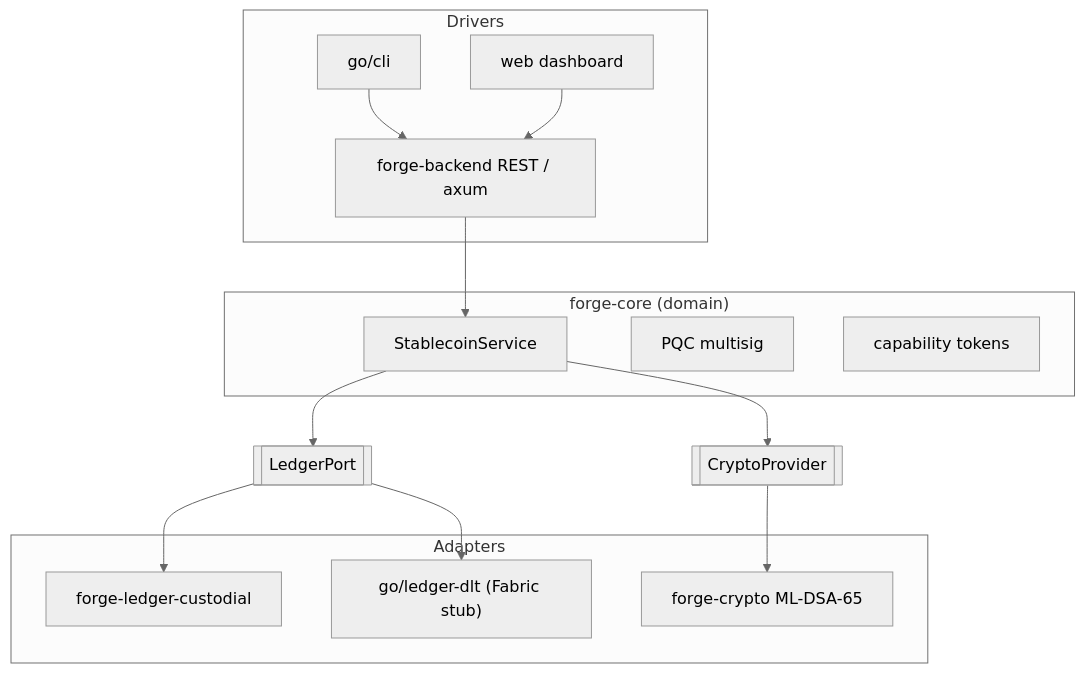
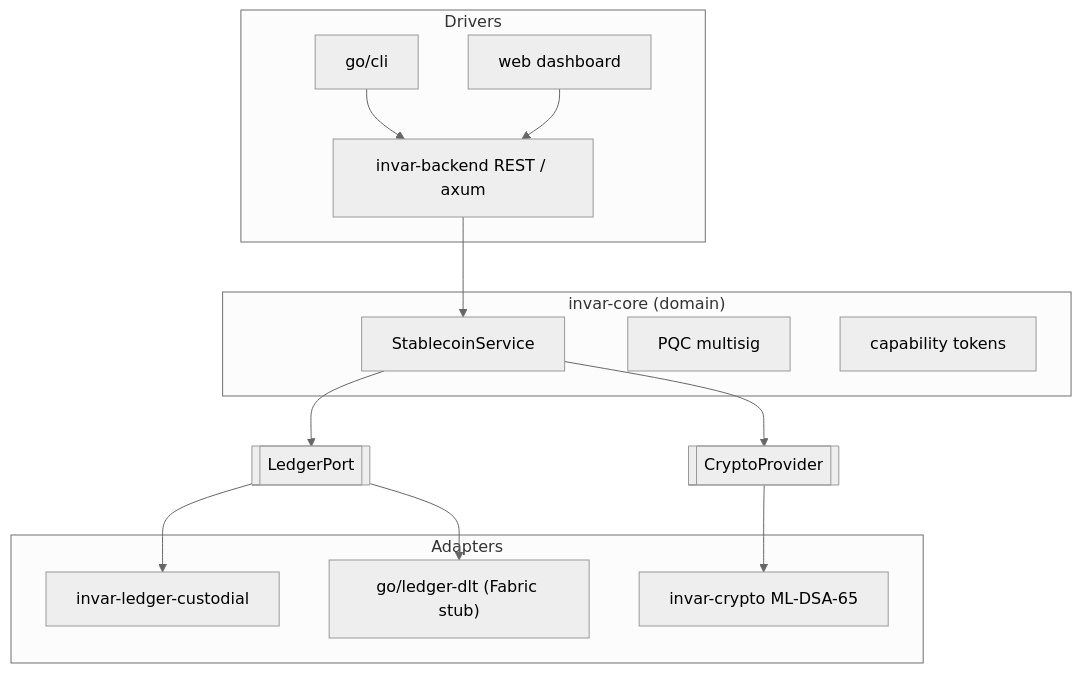
One commit to jloasxhq/invar changed the diagram in README.md. Above: the diagram before and after it, drawn with Mermaid (neutral theme). The commit also changed other lines of this file and 56 other files, not shown here.

First line of the commit message:
rebrand: stablecoin-forge -> Invar

````diff
--- a/README.md
+++ b/README.md
@@ -85,28 +85,28 @@
 ```mermaid
 flowchart TB
   subgraph Drivers
-    BE[forge-backend REST / axum]
+    BE[invar-backend REST / axum]
     CLI[go/cli]
     WEB[web dashboard]
   end
-  subgraph Core["forge-core (domain)"]
+  subgraph Core["invar-core (domain)"]
     SVC[StablecoinService]
     MS[PQC multisig]
     CAP[capability tokens]
   end
   LP[[LedgerPort]]
   CP[[CryptoProvider]]
   subgraph Adapters
-    CUST[forge-ledger-custodial]
+    CUST[invar-ledger-custodial]
     DLT["go/ledger-dlt (Fabric stub)"]
-    CRY[forge-crypto ML-DSA-65]
+    CRY[invar-crypto ML-DSA-65]
   end
   BE --> SVC
   CLI --> BE
   WEB --> BE
   SVC --> LP
   SVC --> CP
   LP --> CUST
   LP --> DLT
   CP --> CRY
 ```
````
